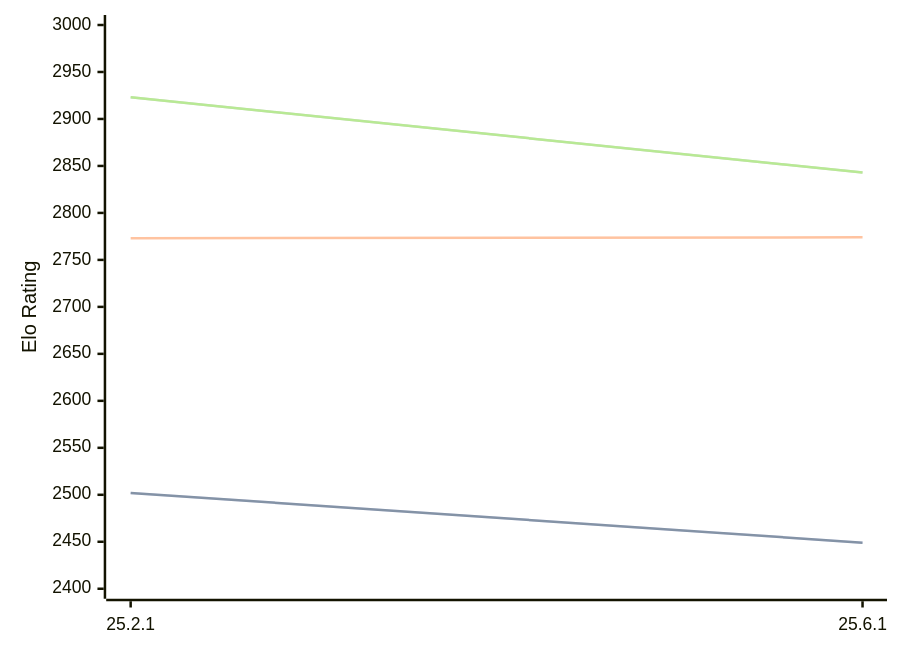
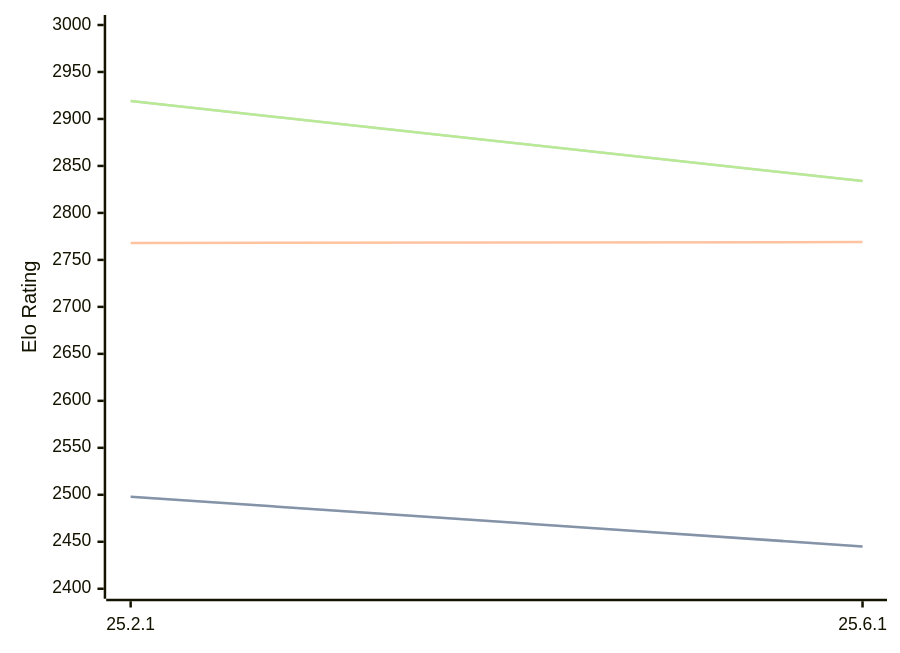
The first of 3 diagrams in engines/Crafty.md (computer-chess-index/cci), drawn with Mermaid before and after one commit. The commit also changed other lines of this file, not shown here.

Commit message:
Update CCI Ratings (ELO VLTC) - 2026-07-16

````diff
--- a/engines/Crafty.md
+++ b/engines/Crafty.md
@@ -32,11 +32,11 @@
 ```mermaid
 %%{init: {"theme":"base","themeVariables":{"seriesColors:['#a3a3a3','#222221','#faa371']}}}%%
 xychart-beta
   x-axis ["25.2.1", "25.6.1"]
   y-axis "Elo Rating" 2400 --> 3000
-  line "STC (8.0+0.08s)" [2502, 2449]
-  line "STC (8.0+0.08s)" [2502, 2449]
-  line "LTC (60.0+0.60s)" [2773, 2774]
-  line "VLTC (2m24s+1.12s)" [2923, 2843]
-  line "VLTC (2m24s+1.12s)" [2923, 2843]
+  line "STC (8.0+0.08s)" [2498, 2445]
+  line "STC (8.0+0.08s)" [2498, 2445]
+  line "LTC (60.0+0.60s)" [2768, 2769]
+  line "VLTC (2m24s+1.12s)" [2919, 2834]
+  line "VLTC (2m24s+1.12s)" [2919, 2834]
 ```
````
